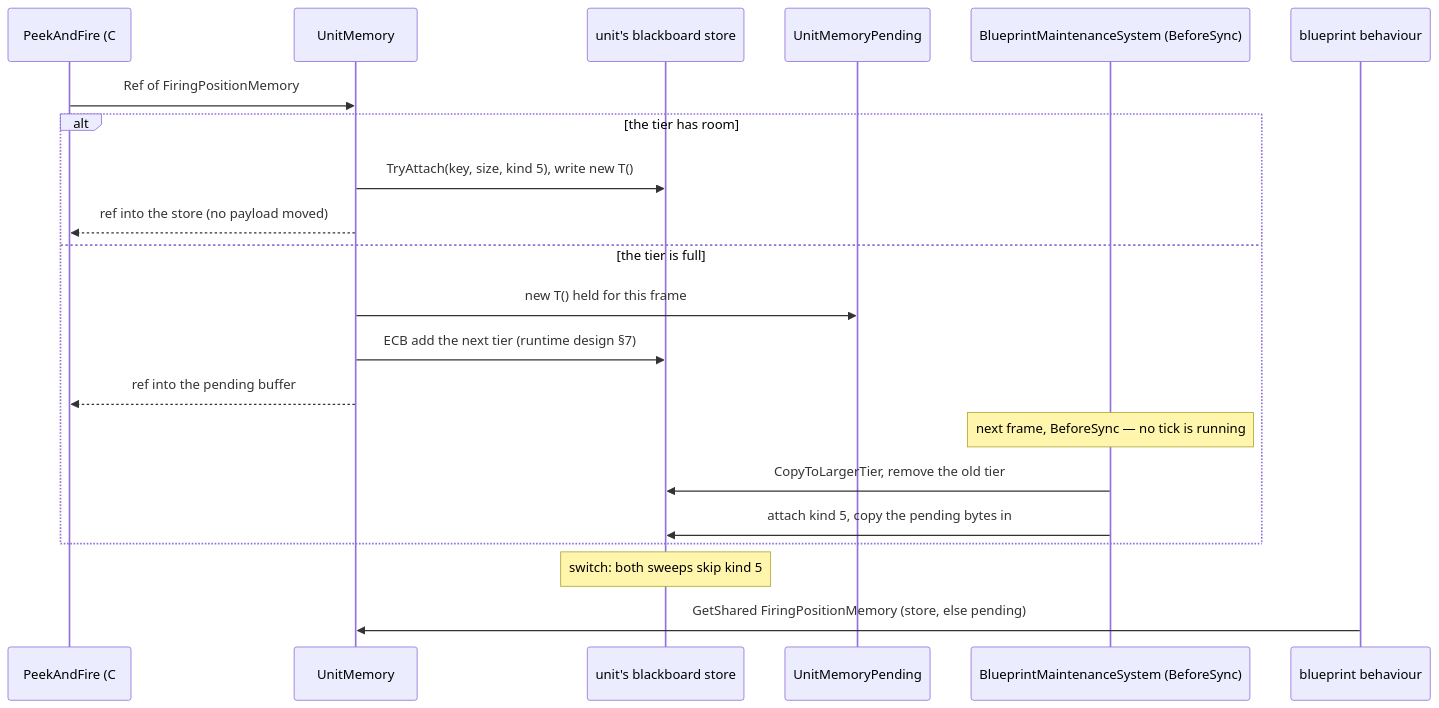
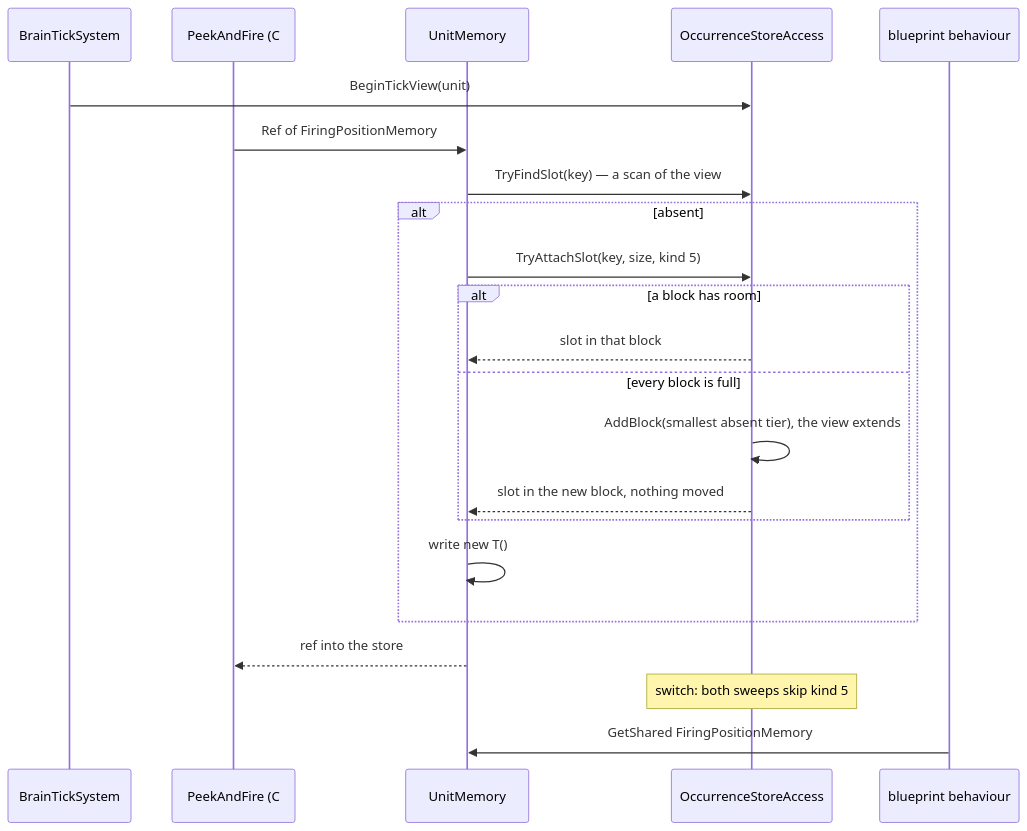
The second of 3 diagrams in docs/blueprints/Architect_Question_87_Unit_Memory.md (pjanec/HROT), drawn with Mermaid before and after one commit. The commit also changed other lines of this file, not shown here.

First line of the commit message:
Q87: restate §0, §2 diagrams, lean C, D and U-1 for the built D″ store (no pending buffer, no promotion)

````diff
--- a/docs/blueprints/Architect_Question_87_Unit_Memory.md
+++ b/docs/blueprints/Architect_Question_87_Unit_Memory.md
@@ -108,23 +104,24 @@
 ```mermaid
 sequenceDiagram
+  participant BT as BrainTickSystem
   participant PF as PeekAndFire (C#, Simulation)
   participant UM as UnitMemory
-  participant Store as unit's blackboard store
-  participant Pend as UnitMemoryPending
-  participant MS as BlueprintMaintenanceSystem (BeforeSync)
+  participant OSA as OccurrenceStoreAccess
   participant BP as blueprint behaviour
+  BT->>OSA: BeginTickView(unit)
   PF->>UM: Ref of FiringPositionMemory
-  alt the tier has room
-    UM->>Store: TryAttach(key, size, kind 5), write new T()
-    UM-->>PF: ref into the store (no payload moved)
-  else the tier is full
-    UM->>Pend: new T() held for this frame
-    UM->>Store: ECB add the next tier (runtime design §7)
-    UM-->>PF: ref into the pending buffer
-    Note over MS: next frame, BeforeSync — no tick is running
-    MS->>Store: CopyToLargerTier, remove the old tier
-    MS->>Store: attach kind 5, copy the pending bytes in
+  UM->>OSA: TryFindSlot(key) — a scan of the view
+  alt absent
+    UM->>OSA: TryAttachSlot(key, size, kind 5)
+    alt a block has room
+      OSA-->>UM: slot in that block
+    else every block is full
+      OSA->>OSA: AddBlock(smallest absent tier), the view extends
+      OSA-->>UM: slot in the new block, nothing moved
+    end
+    UM->>UM: write new T()
   end
-  Note over Store: switch: both sweeps skip kind 5
-  BP->>UM: GetShared FiringPositionMemory (store, else pending)
+  UM-->>PF: ref into the store
+  Note over OSA: switch: both sweeps skip kind 5
+  BP->>UM: GetShared FiringPositionMemory
 ```
````
